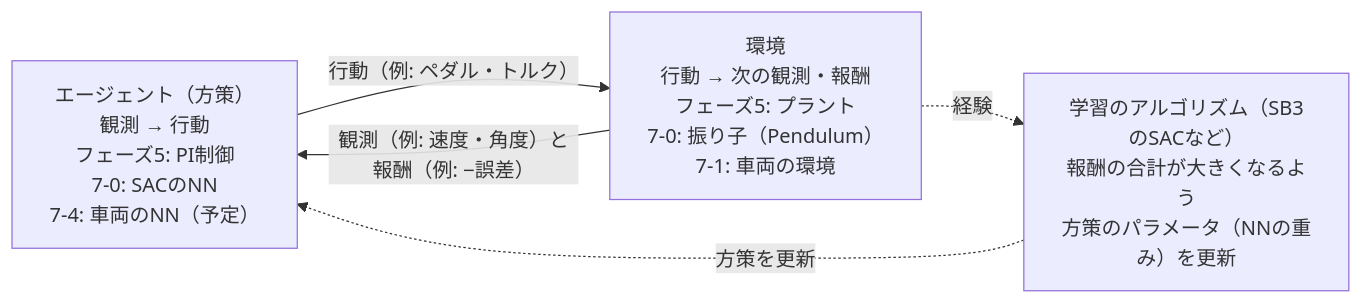
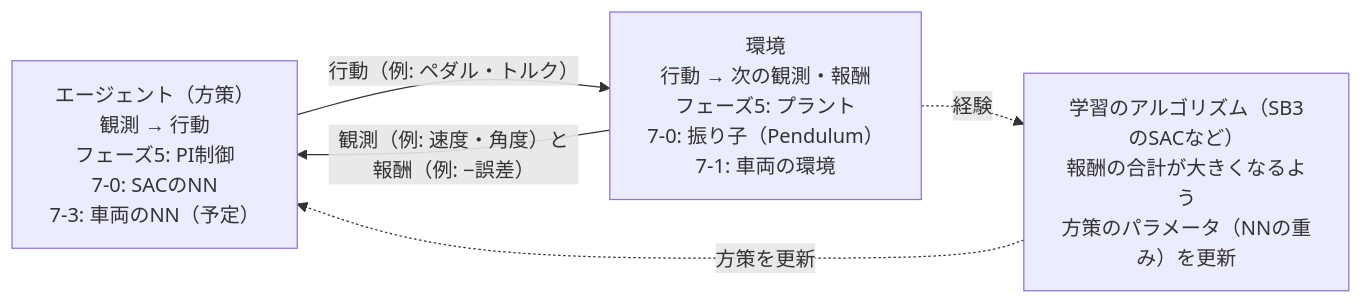
Before and after one commit to SanghunIm1991/ros2MinimalPhysicalAi: the diagram in docs/phase7_0_rl_intro.md, drawn with Mermaid. The commit also changed other lines of this file and 6 other files, not shown here.

````diff
--- a/docs/phase7_0_rl_intro.md
+++ b/docs/phase7_0_rl_intro.md
@@ -36,10 +36,10 @@
 ```mermaid
 flowchart LR
-    AG["エージェント（方策）<br/>観測 → 行動<br/>フェーズ5: PI制御<br/>7-0: SACのNN<br/>7-4: 車両のNN（予定）"]
+    AG["エージェント（方策）<br/>観測 → 行動<br/>フェーズ5: PI制御<br/>7-0: SACのNN<br/>7-3: 車両のNN（予定）"]
     ENV["環境<br/>行動 → 次の観測・報酬<br/>フェーズ5: プラント<br/>7-0: 振り子（Pendulum）<br/>7-1: 車両の環境"]
     LEARN["学習のアルゴリズム（SB3のSACなど）<br/>報酬の合計が大きくなるよう<br/>方策のパラメータ（NNの重み）を更新"]
     AG -- "行動（例: ペダル・トルク）" --> ENV
     ENV -- "観測（例: 速度・角度）と報酬（例: −誤差）" --> AG
     ENV -. "経験" .-> LEARN
     LEARN -. "方策を更新" .-> AG
 ```
````
